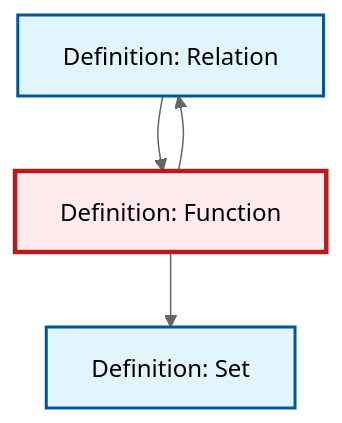
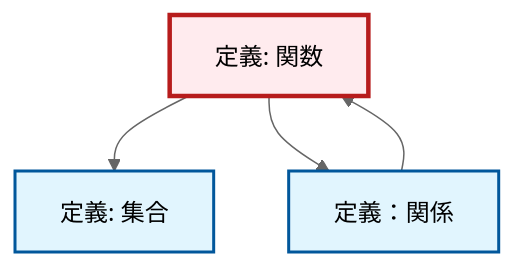
Before and after one commit to RK0429/ModernMath: the diagram in content/ja/logic-set-theory/def-function.qmd, drawn with Mermaid (neutral theme). The commit also changed 1069 other files, not shown here.

````diff
--- a/content/ja/logic-set-theory/def-function.qmd
+++ b/content/ja/logic-set-theory/def-function.qmd
@@ -75,18 +75,18 @@
 ```{mermaid}
 %%| fig-cap: "Local dependency graph"
 graph TD
     classDef definition fill:#e1f5fe,stroke:#01579b,stroke-width:2px
     classDef theorem fill:#f3e5f5,stroke:#4a148c,stroke-width:2px
     classDef axiom fill:#fff3e0,stroke:#e65100,stroke-width:2px
     classDef example fill:#e8f5e9,stroke:#1b5e20,stroke-width:2px
     classDef current fill:#ffebee,stroke:#b71c1c,stroke-width:3px
-    def-set["Definition: Set"]:::definition
-    def-relation["Definition: Relation"]:::definition
-    def-function["Definition: Function"]:::definition
+    def-function["定義: 関数"]:::definition
+    def-set["定義: 集合"]:::definition
+    def-relation["定義：関係"]:::definition
     def-relation --> def-function
     def-function --> def-set
     def-function --> def-relation
     class def-function current
-    click def-set "def-set.html" "Definition: Setへ"
-    click def-relation "def-relation.html" "Definition: Relationへ"
+    click def-set "def-set.html" "集合の定義へ"
+    click def-relation "def-relation.html" "定義：関係へ"
 ```
````
